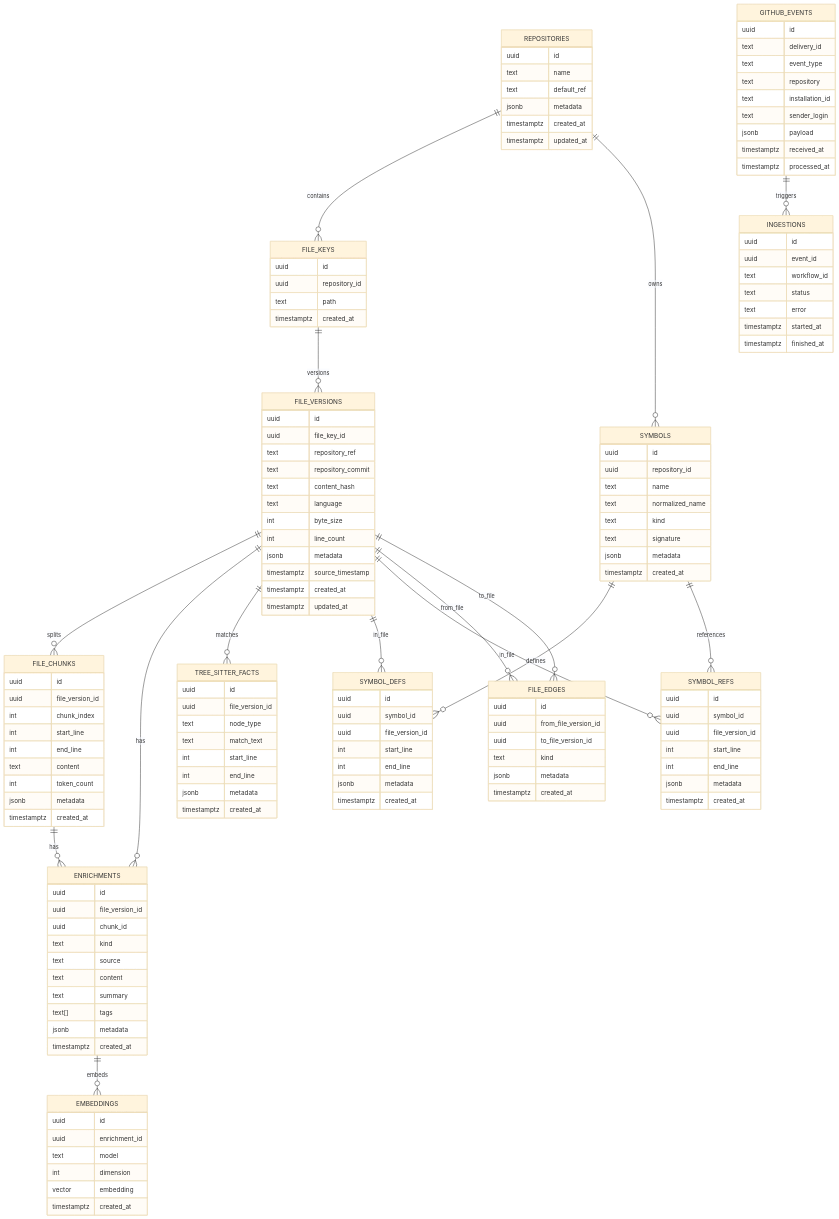
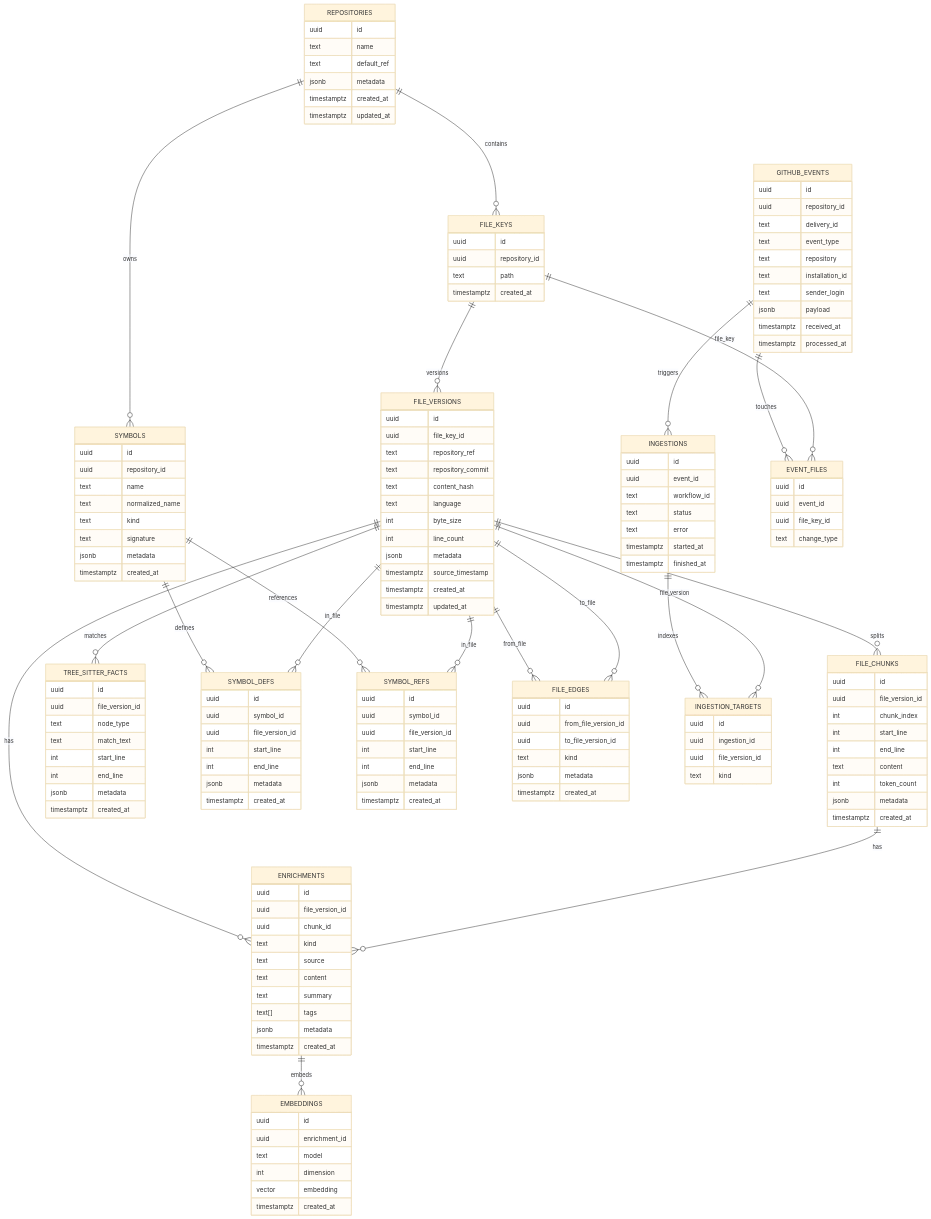
The second of 3 diagrams in docs/atlas-indexing.md (proompteng/lab), drawn with Mermaid (base theme) before and after one commit. The commit also changed other lines of this file, not shown here.

Commit message:
docs: link webhook events to files and ingestions

````diff
--- a/docs/atlas-indexing.md
+++ b/docs/atlas-indexing.md
@@ -67,6 +69,10 @@
   FILE_VERSIONS ||--o{ FILE_EDGES : from_file
   FILE_VERSIONS ||--o{ FILE_EDGES : to_file
   GITHUB_EVENTS ||--o{ INGESTIONS : triggers
+  GITHUB_EVENTS ||--o{ EVENT_FILES : touches
+  FILE_KEYS ||--o{ EVENT_FILES : file_key
+  INGESTIONS ||--o{ INGESTION_TARGETS : indexes
+  FILE_VERSIONS ||--o{ INGESTION_TARGETS : file_version
 
   REPOSITORIES {
     uuid id
@@ -186,6 +192,7 @@
 
   GITHUB_EVENTS {
     uuid id
+    uuid repository_id
     text delivery_id
     text event_type
     text repository
@@ -205,4 +212,18 @@
     timestamptz started_at
     timestamptz finished_at
   }
+
+  EVENT_FILES {
+    uuid id
+    uuid event_id
+    uuid file_key_id
+    text change_type
+  }
+
+  INGESTION_TARGETS {
+    uuid id
+    uuid ingestion_id
+    uuid file_version_id
+    text kind
+  }
 ```
````
